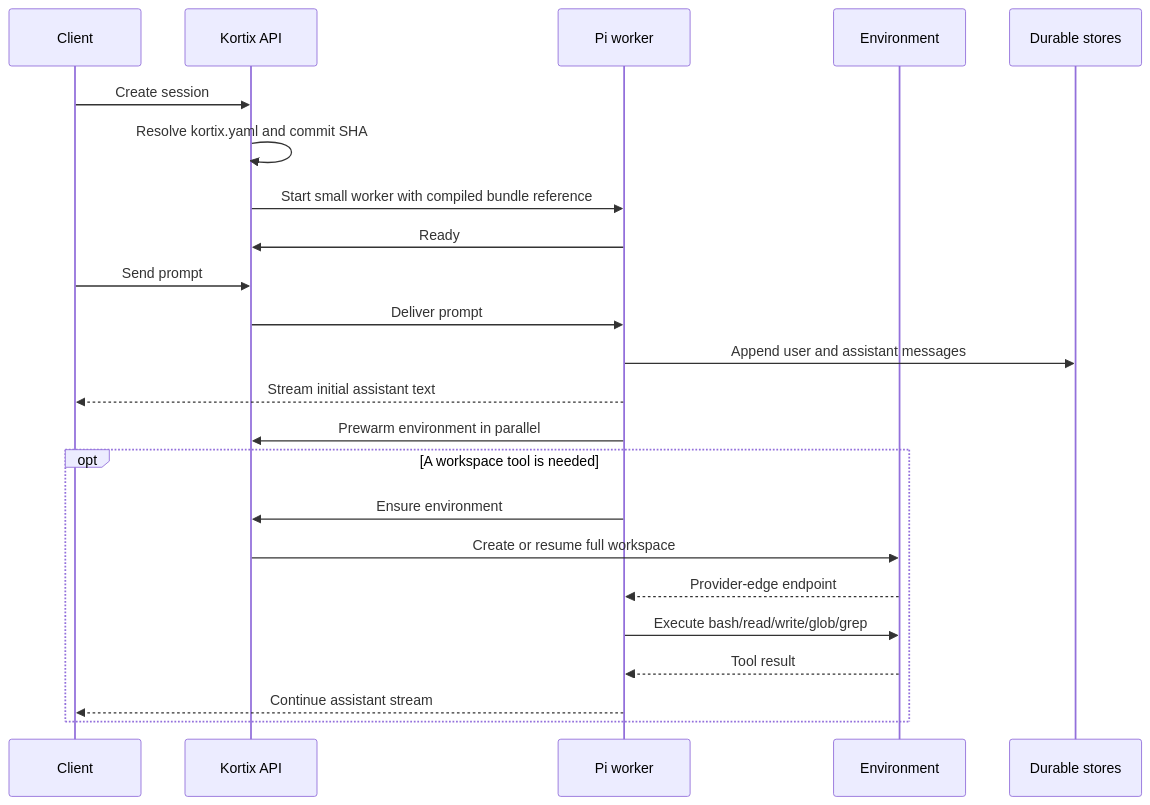
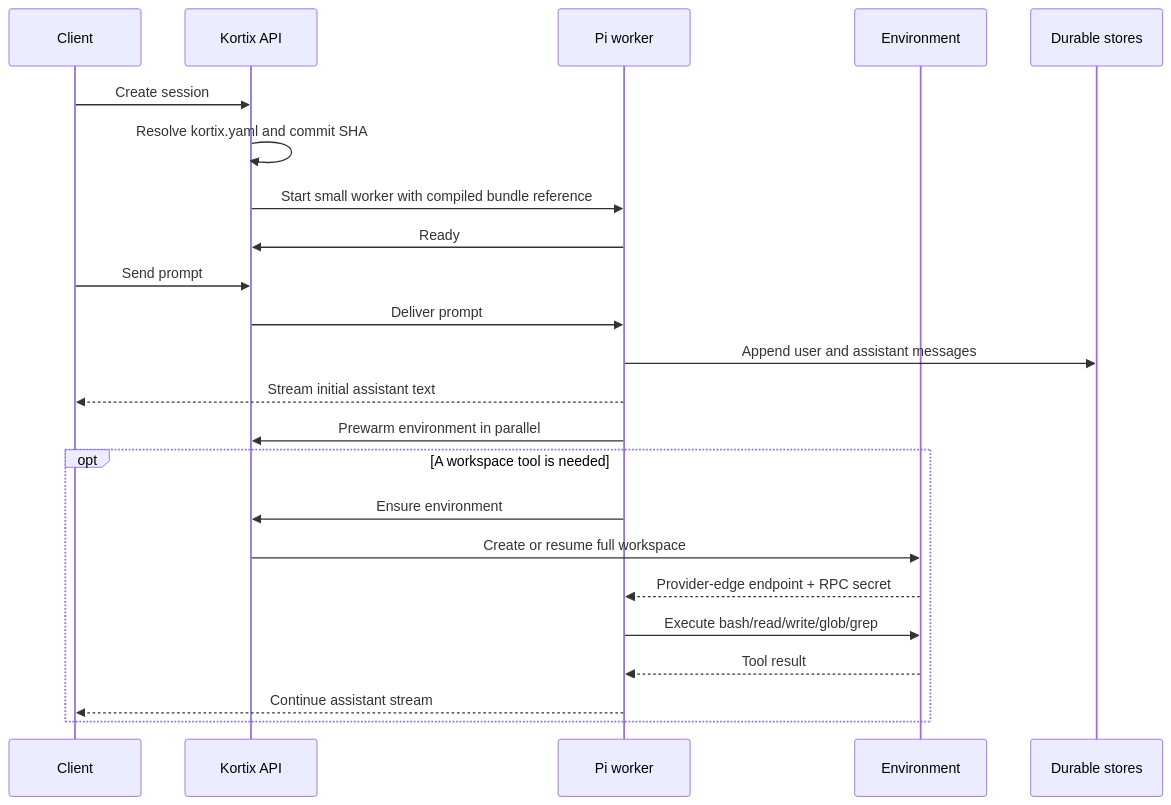
The second of 2 diagrams in docs/PI_WORKER_ARCHITECTURE.md (kortix-ai/suna), drawn with Mermaid before and after one commit. The commit also changed other lines of this file and 21 other files, not shown here.

````diff
--- a/docs/PI_WORKER_ARCHITECTURE.md
+++ b/docs/PI_WORKER_ARCHITECTURE.md
@@ -49,26 +49,26 @@
 ```mermaid
 sequenceDiagram
     participant C as Client
     participant A as Kortix API
     participant W as Pi worker
     participant E as Environment
     participant D as Durable stores
 
     C->>A: Create session
     A->>A: Resolve kortix.yaml and commit SHA
     A->>W: Start small worker with compiled bundle reference
     W->>A: Ready
     C->>A: Send prompt
     A->>W: Deliver prompt
     W->>D: Append user and assistant messages
     W-->>C: Stream initial assistant text
     W->>A: Prewarm environment in parallel
     opt A workspace tool is needed
         W->>A: Ensure environment
         A->>E: Create or resume full workspace
-        E-->>W: Provider-edge endpoint
+        E-->>W: Provider-edge endpoint + RPC secret
         W->>E: Execute bash/read/write/glob/grep
         E-->>W: Tool result
         W-->>C: Continue assistant stream
     end
 ```
````
